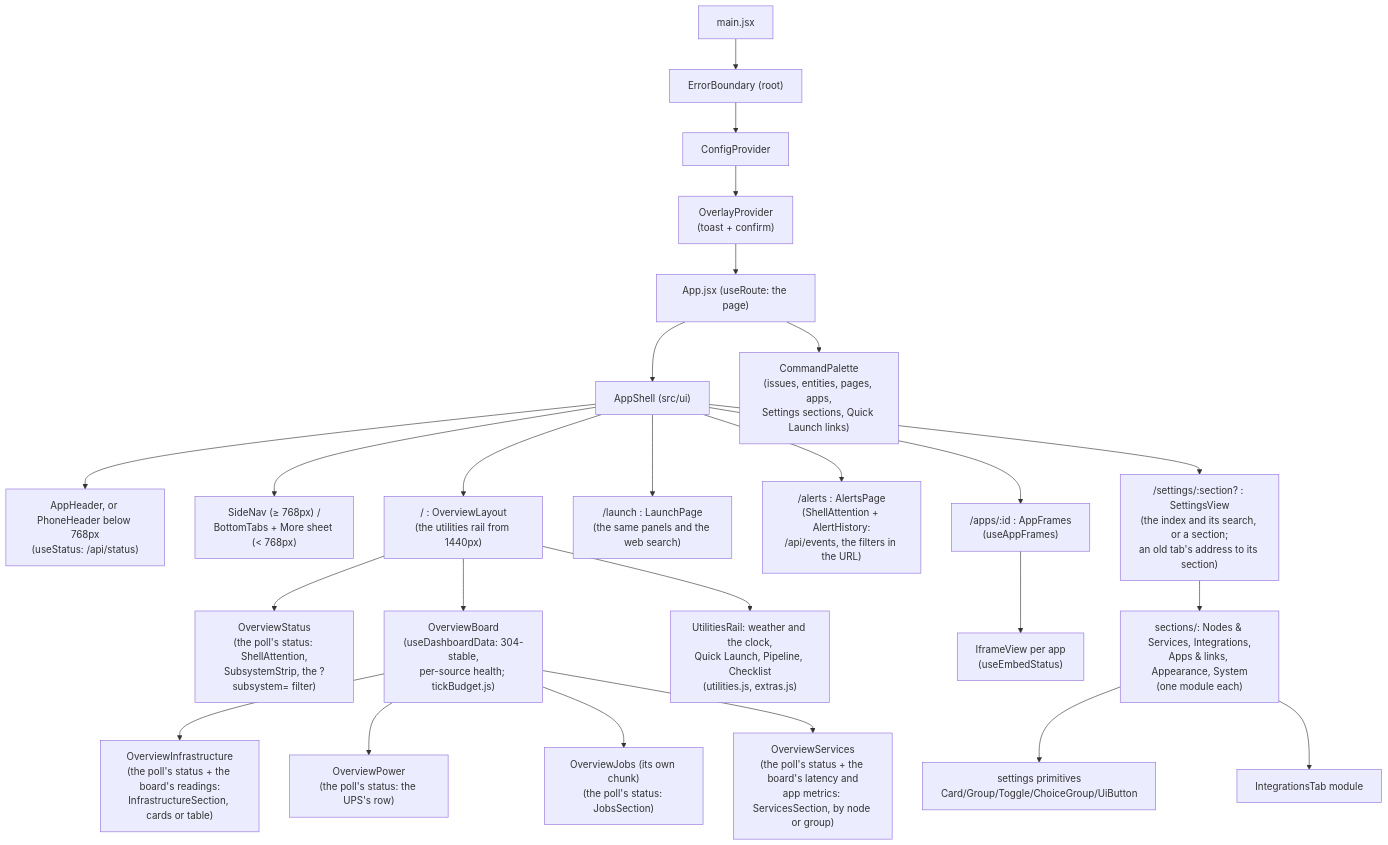
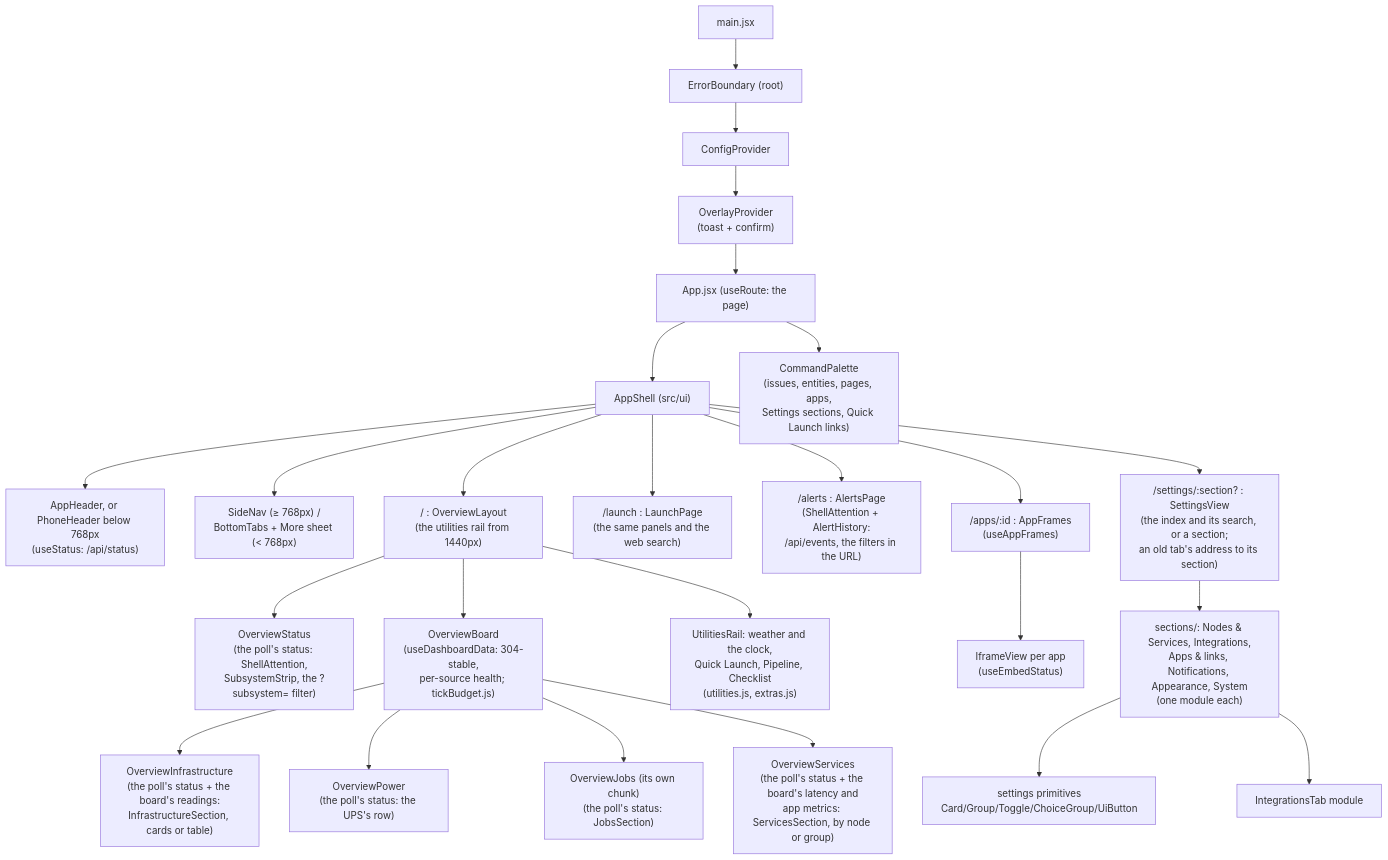
The fourth of 5 diagrams in docs/ARCHITECTURE.md (jagbhandal/jaghelm), drawn with Mermaid before and after one commit. The commit also changed other lines of this file and 4 other files, not shown here.

````diff
--- a/docs/ARCHITECTURE.md
+++ b/docs/ARCHITECTURE.md
@@ -2217,27 +2277,27 @@
 ```mermaid
 flowchart TD
   MAIN["main.jsx"] --> EB["ErrorBoundary (root)"]
   EB --> CP["ConfigProvider"]
   CP --> OP["OverlayProvider<br/>(toast + confirm)"]
   OP --> APP["App.jsx (useRoute: the page)"]
   APP --> SH["AppShell (src/ui)"]
   SH --> HD["AppHeader, or PhoneHeader below 768px<br/>(useStatus: /api/status)"]
   SH --> SN["SideNav (≥ 768px) /<br/>BottomTabs + More sheet (< 768px)"]
   APP --> CPAL["CommandPalette<br/>(issues, entities, pages, apps,<br/>Settings sections, Quick Launch links)"]
   SH --> OL["/ : OverviewLayout<br/>(the utilities rail from 1440px)"]
   OL --> OS["OverviewStatus<br/>(the poll's status: ShellAttention,<br/>SubsystemStrip, the ?subsystem= filter)"]
   OL --> DV["OverviewBoard<br/>(useDashboardData: 304-stable,<br/>per-source health; tickBudget.js)"]
   OL --> UR["UtilitiesRail: weather and the clock,<br/>Quick Launch, Pipeline, Checklist<br/>(utilities.js, extras.js)"]
   SH --> LP["/launch : LaunchPage<br/>(the same panels and the web search)"]
   DV --> OI["OverviewInfrastructure<br/>(the poll's status + the board's readings:<br/>InfrastructureSection, cards or table)"]
   DV --> OPW["OverviewPower<br/>(the poll's status: the UPS's row)"]
   DV --> OJ["OverviewJobs (its own chunk)<br/>(the poll's status: JobsSection)"]
   DV --> OSV["OverviewServices<br/>(the poll's status + the board's latency and<br/>app metrics: ServicesSection, by node or group)"]
   SH --> AP["/alerts : AlertsPage<br/>(ShellAttention + AlertHistory:<br/>/api/events, the filters in the URL)"]
   SH --> SV["/settings/:section? : SettingsView<br/>(the index and its search, or a section;<br/>an old tab's address to its section)"]
   SH --> AF["/apps/:id : AppFrames<br/>(useAppFrames)"]
   AF --> IV["IframeView per app<br/>(useEmbedStatus)"]
-  SV --> SEC["sections/: Nodes & Services, Integrations,<br/>Apps & links, Appearance, System<br/>(one module each)"]
+  SV --> SEC["sections/: Nodes & Services, Integrations,<br/>Apps & links, Notifications, Appearance, System<br/>(one module each)"]
   SEC --> PRIM["settings primitives<br/>Card/Group/Toggle/ChoiceGroup/UiButton"]
   SEC --> ITAB["IntegrationsTab module"]
 ```
````
